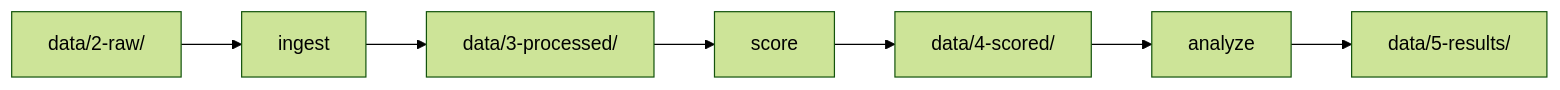
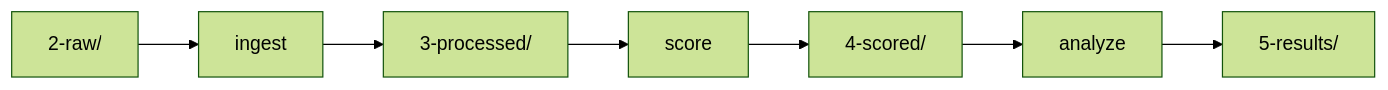
Before and after one commit to ischemist/project-procrustes: the diagram in docs/guides/cli.md, drawn with Mermaid (forest theme). The commit also changed other lines of this file and 58 other files, not shown here.

````diff
--- a/docs/guides/cli.md
+++ b/docs/guides/cli.md
@@ -170,10 +212,10 @@
 ```mermaid
 graph LR
-    A[data/2-raw/] --> B[ingest]
-    B --> C[data/3-processed/]
+    A[2-raw/] --> B[ingest]
+    B --> C[3-processed/]
     C --> D[score]
-    D --> E[data/4-scored/]
+    D --> E[4-scored/]
     E --> F[analyze]
-    F --> G[data/5-results/]
+    F --> G[5-results/]
     
 ```
````
